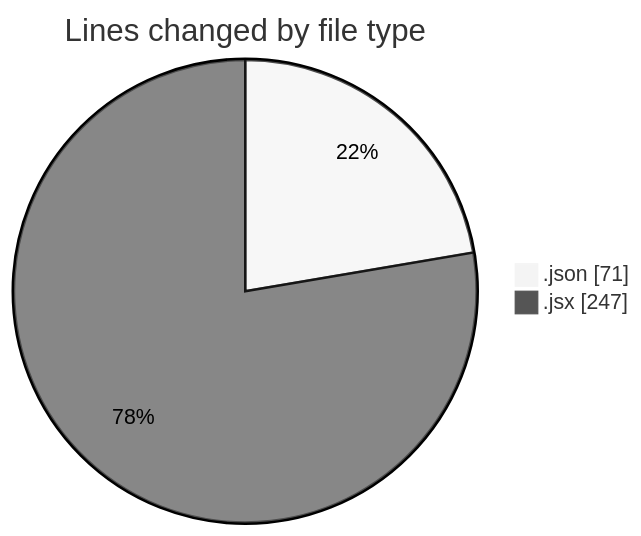
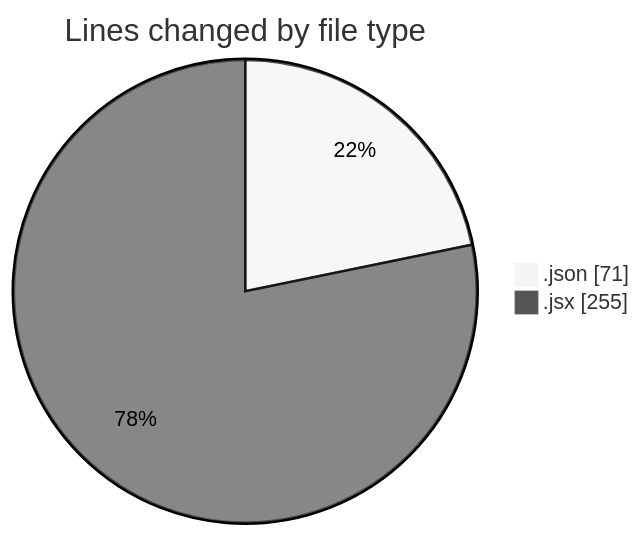
Before and after one commit to momahboobian/code-tracking: the first of 2 diagrams in 2026-03-02/cda/README.md, drawn with Mermaid (neutral theme). The commit also changed other lines of this file and 1 other file, not shown here.

````diff
--- a/2026-03-02/cda/README.md
+++ b/2026-03-02/cda/README.md
@@ -21,6 +21,6 @@
 ```mermaid
 pie showData
 title Lines changed by file type
 ".json" : 71
-".jsx" : 247
+".jsx" : 255
 ```
````
